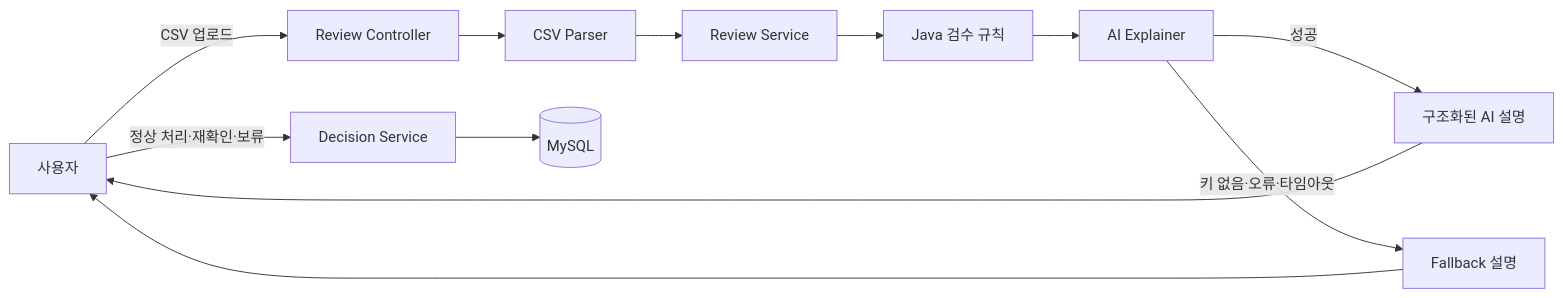
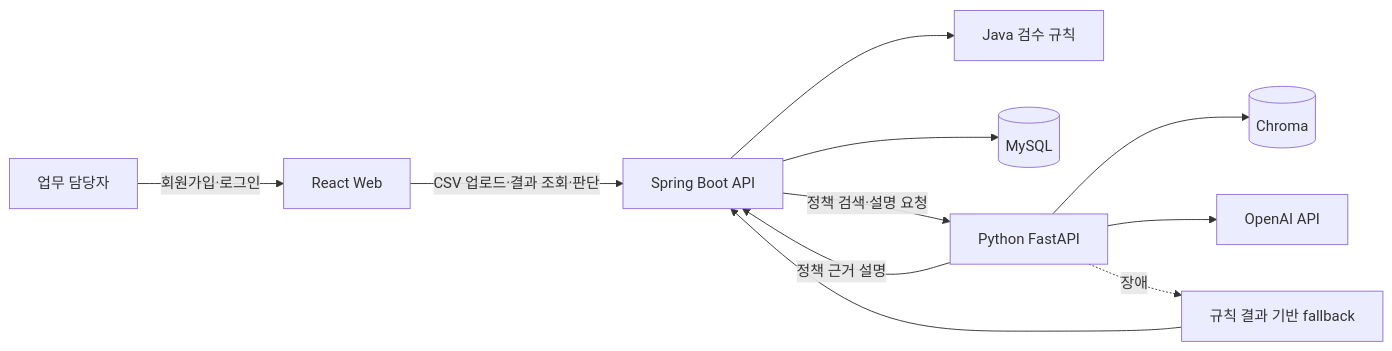
One commit to nmhyrhn/ai-settlement-review-agent changed the diagram in docs/architecture.md. Above: the diagram before and after it, drawn with Mermaid. The commit also changed other lines of this file and 5 other files, not shown here.

````diff
--- a/docs/architecture.md
+++ b/docs/architecture.md
@@ -5,14 +5,13 @@
 ```mermaid
 flowchart LR
-    U["사용자"] -->|"CSV 업로드"| C["Review Controller"]
-    C --> P["CSV Parser"]
-    P --> S["Review Service"]
-    S --> R["Java 검수 규칙"]
-    R --> A["AI Explainer"]
-    A -->|"성공"| O["구조화된 AI 설명"]
-    A -->|"키 없음·오류·타임아웃"| F["Fallback 설명"]
-    O --> U
-    F --> U
-    U -->|"정상 처리·재확인·보류"| D["Decision Service"]
-    D --> M[("MySQL")]
+    U["업무 담당자"] -->|"회원가입·로그인"| W["React Web"]
+    W -->|"CSV 업로드·결과 조회·판단"| B["Spring Boot API"]
+    B --> R["Java 검수 규칙"]
+    B --> M[("MySQL")]
+    B -->|"정책 검색·설명 요청"| P["Python FastAPI"]
+    P --> C[("Chroma")]
+    P --> O["OpenAI API"]
+    P -->|"정책 근거 설명"| B
+    P -. "장애" .-> F["규칙 결과 기반 fallback"]
+    F --> B
 ```
````
